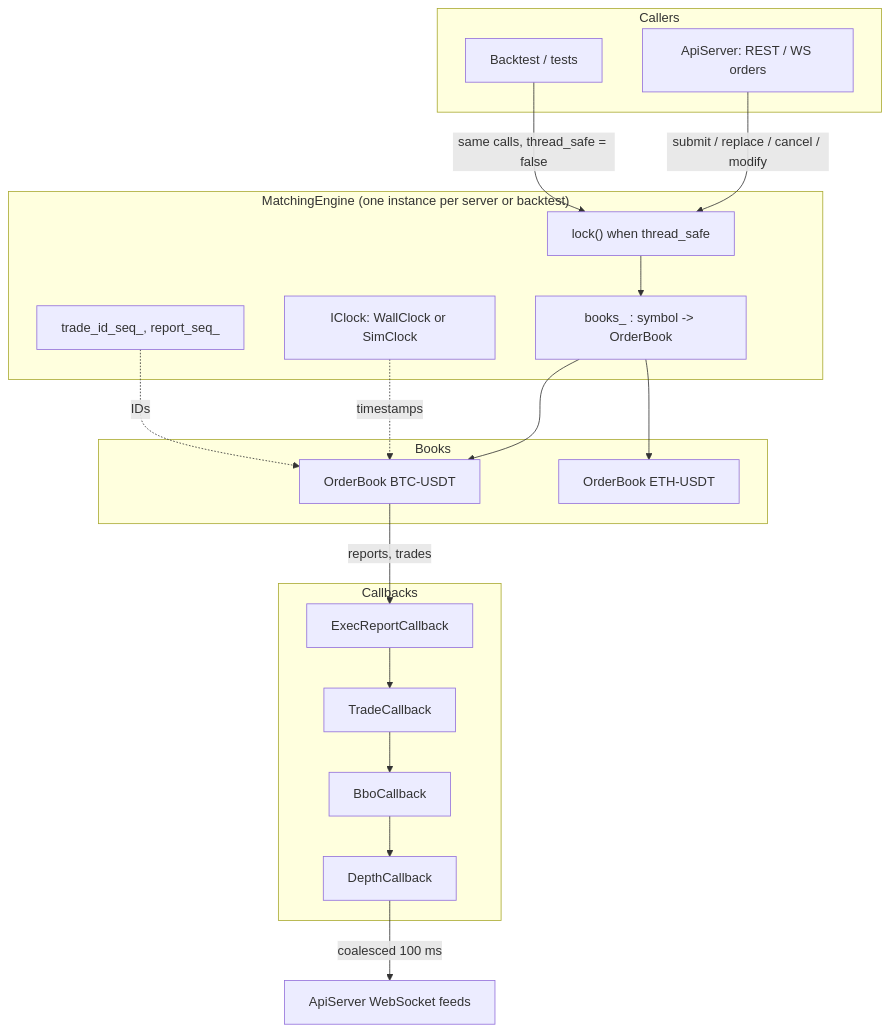
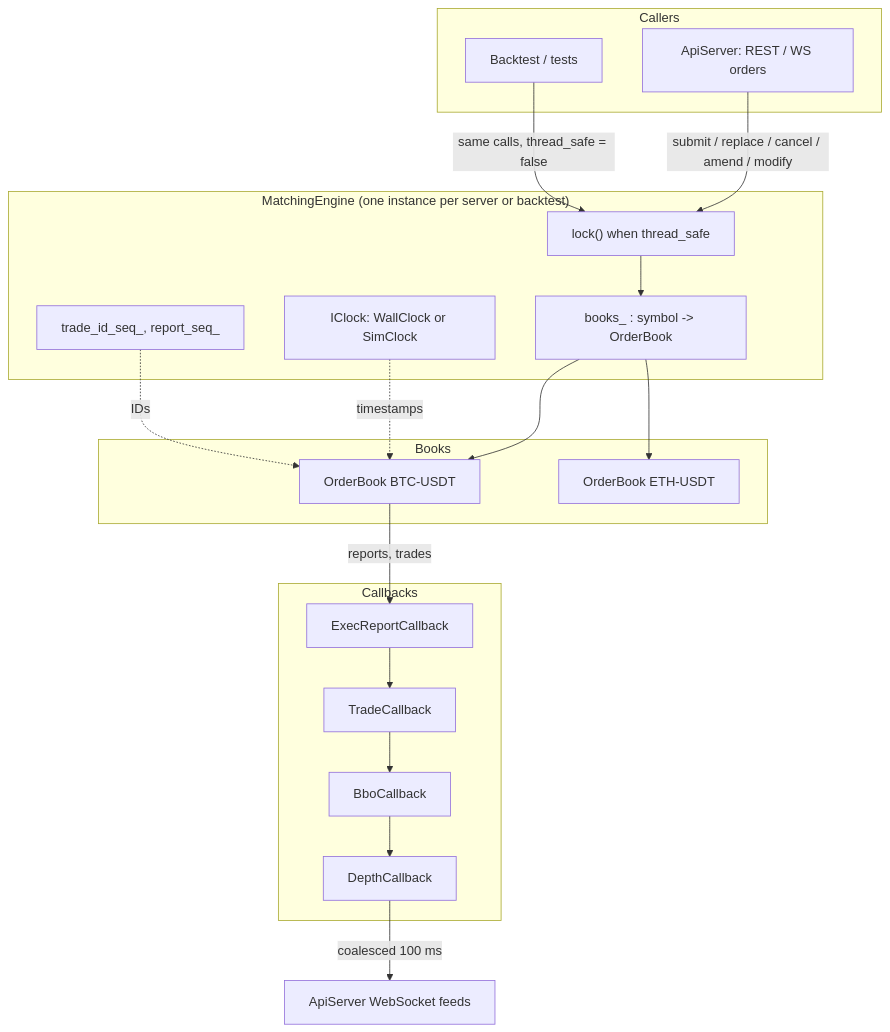
The diagram in explanations/matching_engine.md (Rishav123raj/BlockSprint), drawn with Mermaid before and after one commit. The commit also changed other lines of this file and 13 other files, not shown here.

````diff
--- a/explanations/matching_engine.md
+++ b/explanations/matching_engine.md
@@ -35,40 +46,40 @@
 ```mermaid
 graph TD
     subgraph Callers
         API[ApiServer: REST / WS orders]
         SIM[Backtest / tests]
     end
 
     subgraph Engine ["MatchingEngine (one instance per server or backtest)"]
         LOCK["lock() when thread_safe"]
         MAP["books_ : symbol -> OrderBook"]
         CLOCK[IClock: WallClock or SimClock]
         SEQ["trade_id_seq_, report_seq_"]
     end
 
     subgraph Books
         OB_BTC[OrderBook BTC-USDT]
         OB_ETH[OrderBook ETH-USDT]
     end
 
     subgraph Callbacks
         ER[ExecReportCallback]
         TR[TradeCallback]
         BBO[BboCallback]
         DEP[DepthCallback]
     end
 
-    API -->|submit / replace / cancel / modify| LOCK
+    API -->|submit / replace / cancel / amend / modify| LOCK
     SIM -->|same calls, thread_safe = false| LOCK
     LOCK --> MAP
     MAP --> OB_BTC
     MAP --> OB_ETH
     CLOCK -. timestamps .-> OB_BTC
     SEQ -. IDs .-> OB_BTC
 
     OB_BTC -->|reports, trades| ER
     ER --> TR
     TR --> BBO
     BBO --> DEP
     DEP -->|coalesced 100 ms| WS[ApiServer WebSocket feeds]
 ```
````
